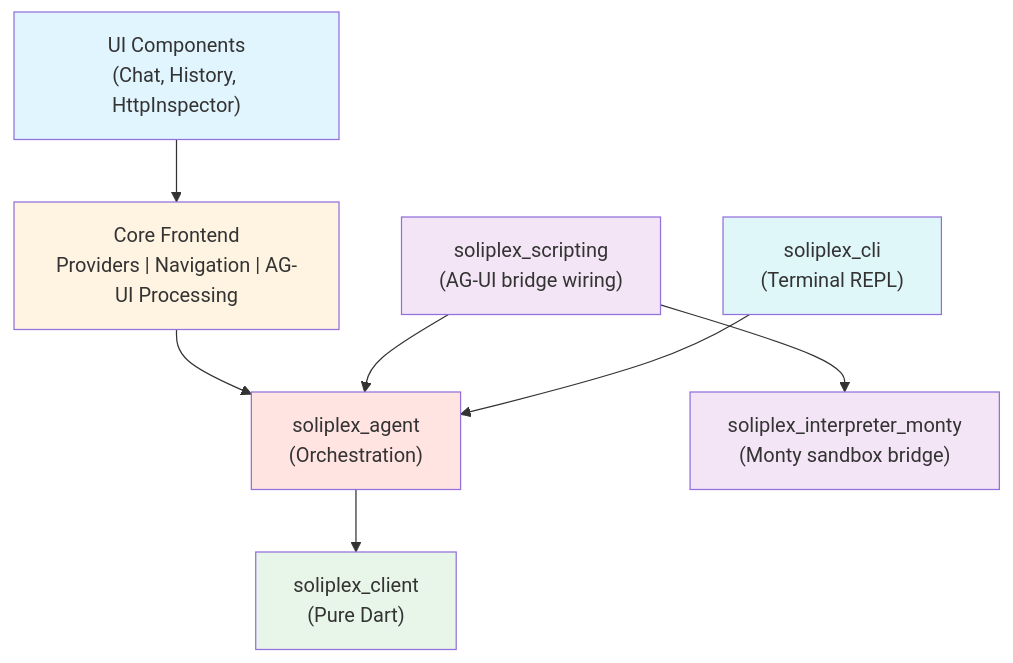
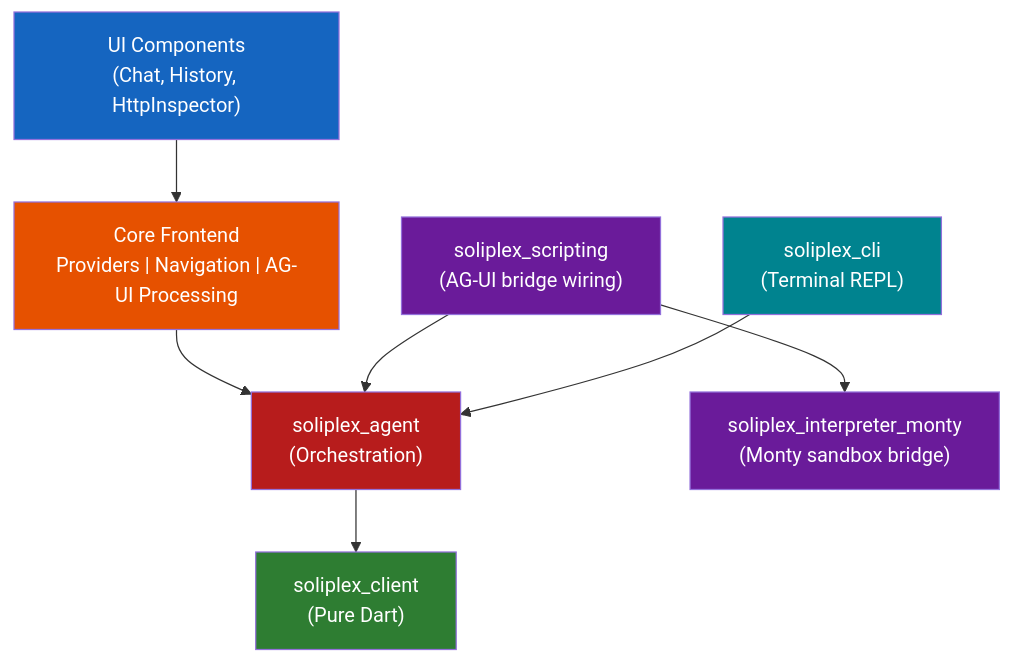
One commit to runyaga/flutter changed the diagram in docs/index.md. Above: the diagram before and after it, drawn with Mermaid.

Commit message:
fix(docs): use dark fills with white text for mermaid diagram
Pastel fills were unreadable on dark backgrounds. Switch to
saturated colors with explicit color:#fff for legibility.

````diff
--- a/docs/index.md
+++ b/docs/index.md
@@ -26,25 +26,25 @@
 ```mermaid
 flowchart TD
     A["UI Components\n(Chat, History, HttpInspector)"]
     B["Core Frontend\nProviders | Navigation | AG-UI Processing"]
     C["soliplex_agent\n(Orchestration)"]
     D["soliplex_client\n(Pure Dart)"]
     E["soliplex_scripting\n(AG-UI bridge wiring)"]
     F["soliplex_interpreter_monty\n(Monty sandbox bridge)"]
     G["soliplex_cli\n(Terminal REPL)"]
 
     A --> B
     B --> C
     C --> D
     E --> C
     E --> F
     G --> C
 
-    style A fill:#e1f5ff
-    style B fill:#fff4e1
-    style C fill:#ffe4e1
-    style D fill:#e8f5e9
-    style E fill:#f3e5f5
-    style F fill:#f3e5f5
-    style G fill:#e0f7fa
+    style A fill:#1565c0,color:#fff
+    style B fill:#e65100,color:#fff
+    style C fill:#b71c1c,color:#fff
+    style D fill:#2e7d32,color:#fff
+    style E fill:#6a1b9a,color:#fff
+    style F fill:#6a1b9a,color:#fff
+    style G fill:#00838f,color:#fff
 ```
````
